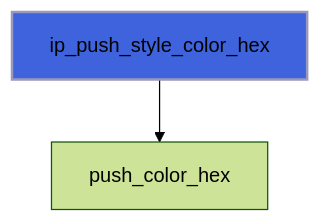
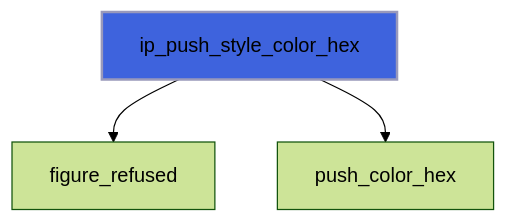
Diagram 14 of 44 in docs/api/src/lib/figure_style.md (szaghi/figure), drawn with Mermaid (forest theme) before and after one commit. The commit also changed other lines of this file and 10 other files, not shown here.

````diff
--- a/docs/api/src/lib/figure_style.md
+++ b/docs/api/src/lib/figure_style.md
@@ -480,5 +508,6 @@
 ```mermaid
 flowchart TD
+  ip_push_style_color_hex["ip_push_style_color_hex"] --> figure_refused["figure_refused"]
   ip_push_style_color_hex["ip_push_style_color_hex"] --> push_color_hex["push_color_hex"]
   style ip_push_style_color_hex fill:#3e63dd,stroke:#99b,stroke-width:2px
 ```
````
